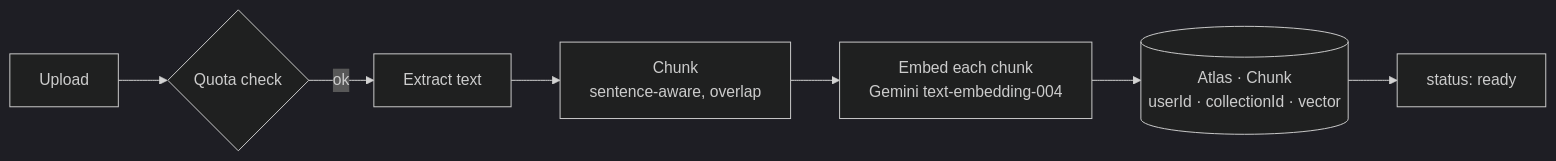
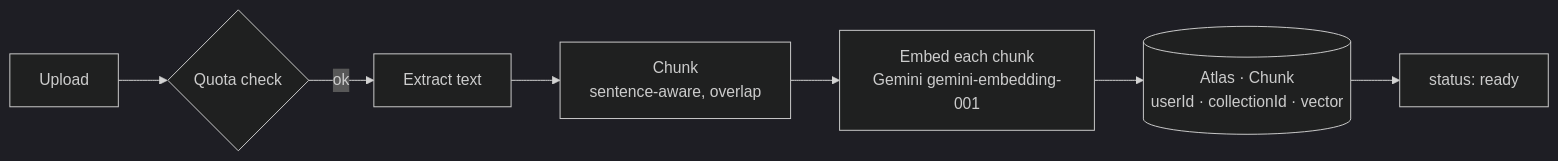
The first of 2 diagrams in README.md (Ahmadhsn1/Rag-saas-RetrivoVault), drawn with Mermaid (dark theme) before and after one commit. The commit also changed other lines of this file and 10 other files, not shown here.

````diff
--- a/README.md
+++ b/README.md
@@ -97,9 +99,9 @@
 ```mermaid
 flowchart LR
     A[Upload] --> B{Quota check}
     B -->|ok| C[Extract text]
     C --> D[Chunk<br/>sentence-aware, overlap]
-    D --> E[Embed each chunk<br/>Gemini text-embedding-004]
+    D --> E[Embed each chunk<br/>Gemini gemini-embedding-001]
     E --> F[(Atlas · Chunk<br/>userId · collectionId · vector)]
     F --> G[status: ready]
 ```
````
